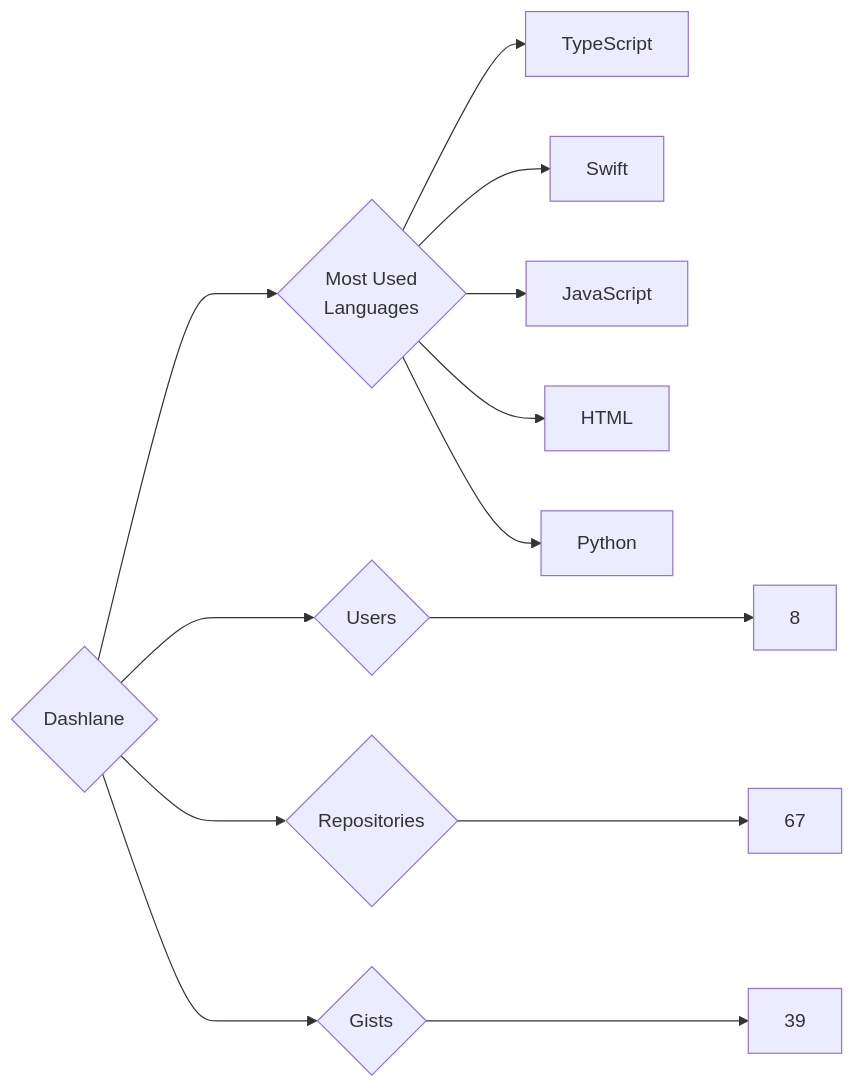
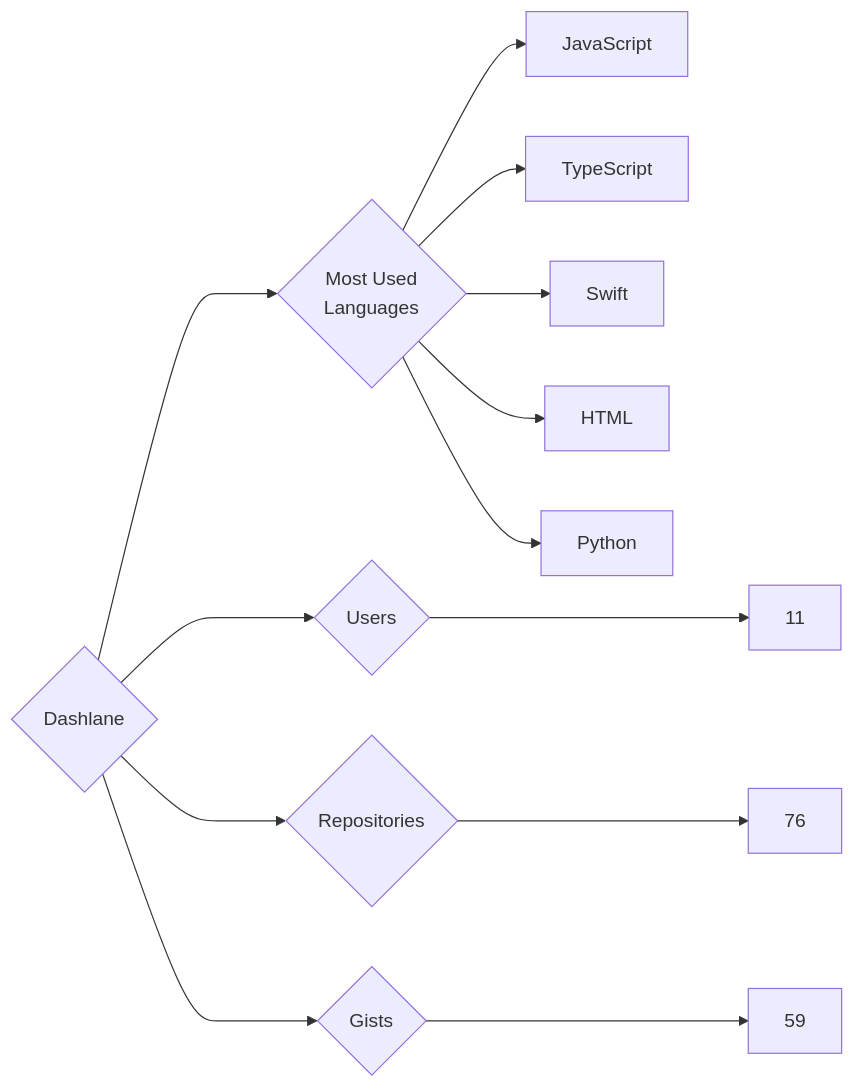
The diagram in targets/Dashlane/README.md (trickest/insiders), drawn with Mermaid before and after one commit. The commit also changed 998 other files, not shown here.

````diff
--- a/targets/Dashlane/README.md
+++ b/targets/Dashlane/README.md
@@ -3,13 +3,13 @@
 ```mermaid
 graph LR
 COMPANY_NAME{Dashlane}
-COMPANY_NAME ---> U{Users} ---> UN[8]
-COMPANY_NAME ---> R{Repositories} ---> RN[67]
-COMPANY_NAME ---> G{Gists} ---> GN[39]
+COMPANY_NAME ---> U{Users} ---> UN[11]
+COMPANY_NAME ---> R{Repositories} ---> RN[76]
+COMPANY_NAME ---> G{Gists} ---> GN[59]
 COMPANY_NAME ---> ML{Most Used<br>Languages}
+ML --> JavaScript[JavaScript]
 ML --> TypeScript[TypeScript]
 ML --> Swift[Swift]
-ML --> JavaScript[JavaScript]
 ML --> HTML[HTML]
 ML --> Python[Python]
 ```
````
